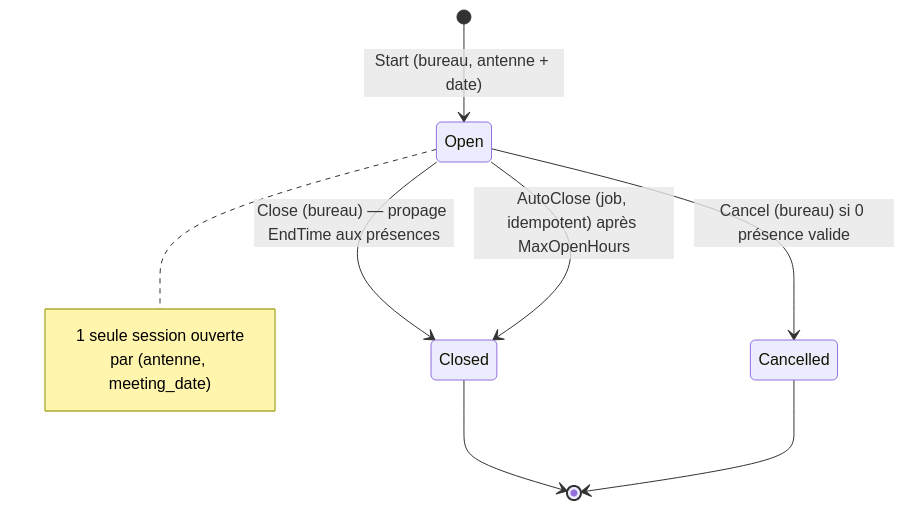
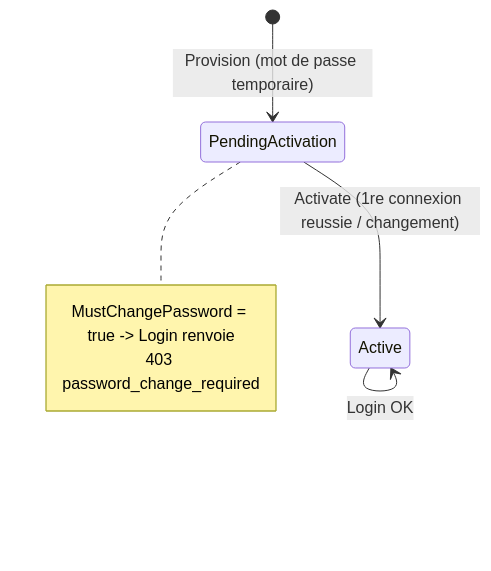
Before and after one commit to kiboMarcel/lumineux: the fifth of 5 diagrams in docs/audit/04-logique-metier.md, drawn with Mermaid. The commit also changed other lines of this file and 9 other files, not shown here.

````diff
--- a/docs/audit/04-logique-metier.md
+++ b/docs/audit/04-logique-metier.md
@@ -121,13 +217,10 @@
 ```mermaid
 stateDiagram-v2
-    [*] --> Open : Start (bureau, antenne + date)
-    Open --> Closed : Close (bureau) — propage EndTime aux présences
-    Open --> Closed : AutoClose (job, idempotent) après MaxOpenHours
-    Open --> Cancelled : Cancel (bureau) si 0 présence valide
-    Closed --> [*]
-    Cancelled --> [*]
-    note right of Open
-        1 seule session ouverte
-        par (antenne, meeting_date)
+    [*] --> PendingActivation : Provision (mot de passe temporaire)
+    PendingActivation --> Active : Activate (1re connexion reussie / changement)
+    Active --> Active : Login OK
+    note right of PendingActivation
+        MustChangePassword = true -> Login renvoie
+        403 password_change_required
     end note
 ```
````
